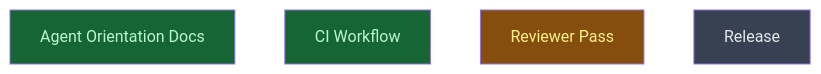
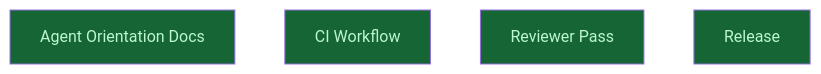
One commit to CrackingShells/colgrep-mcp changed the diagram in __roadmap__/repo_health/integrate/README.md. Above: the diagram before and after it, drawn with Mermaid. The commit also changed other lines of this file and 2 other files, not shown here.

Commit message:
docs(roadmap): close campaign repo_health — all nodes done

````diff
--- a/__roadmap__/repo_health/integrate/README.md
+++ b/__roadmap__/repo_health/integrate/README.md
@@ -19,12 +19,12 @@
 ```mermaid
 graph TD
     agent_docs[Agent Orientation Docs]:::done
     ci_workflow[CI Workflow]:::done
-    review[Reviewer Pass]:::inprogress
-    release[Release]:::planned
+    review[Reviewer Pass]:::done
+    release[Release]:::done
     classDef done       fill:#166534,color:#bbf7d0
     classDef inprogress fill:#854d0e,color:#fef08a
     classDef planned    fill:#374151,color:#e5e7eb
     classDef amendment  fill:#1e3a5f,color:#bfdbfe
     classDef blocked    fill:#7f1d1d,color:#fecaca
 ```
````
